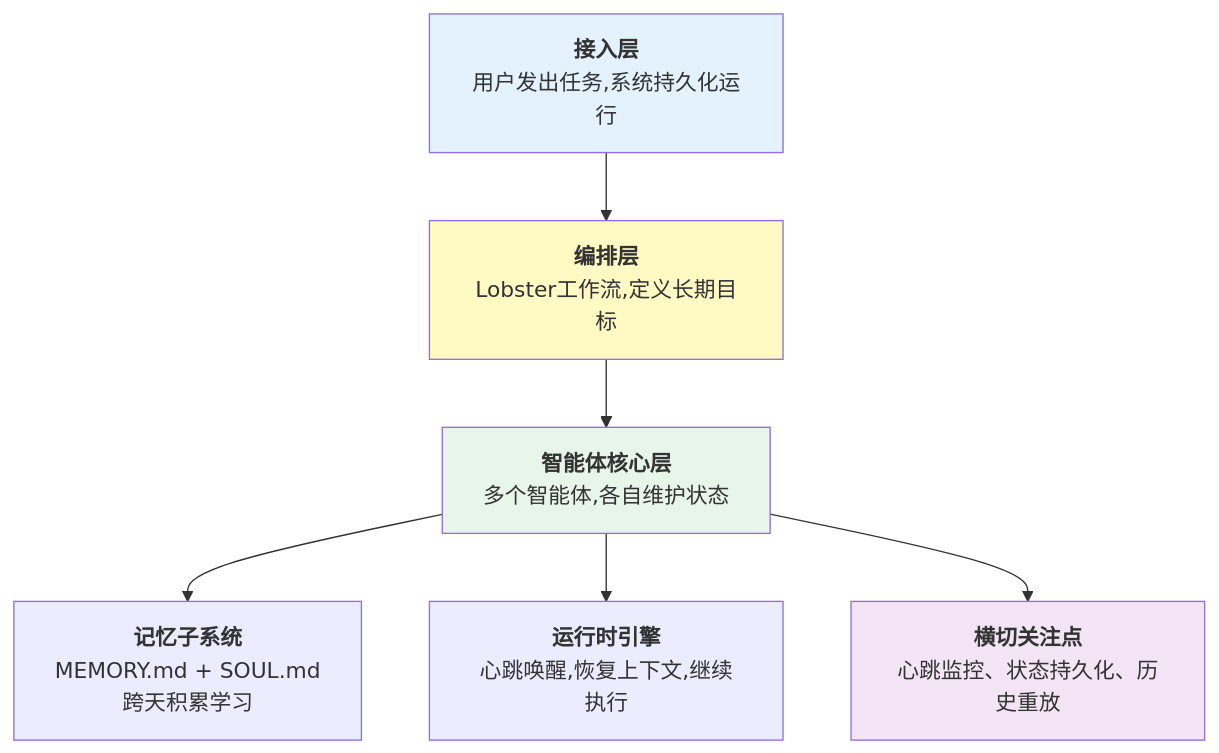
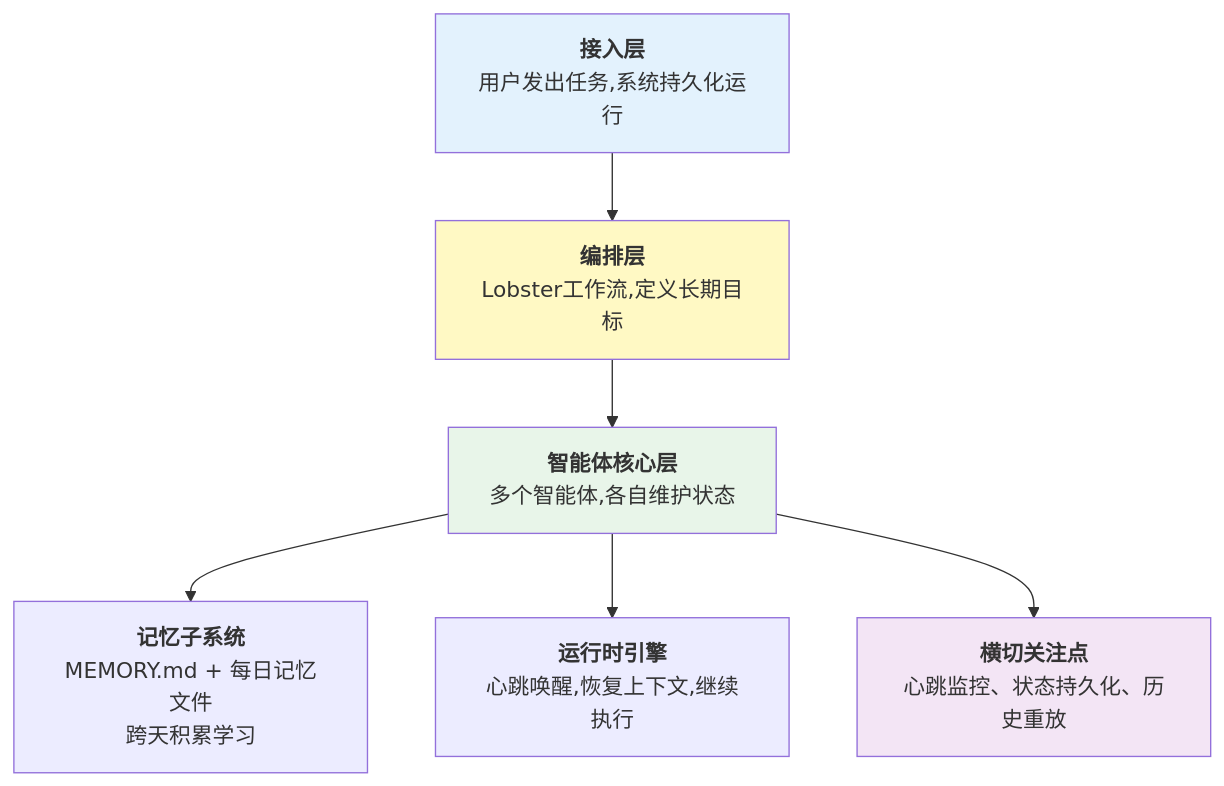
One commit to yeasy/harness_engineering_guide changed the fifth of 5 diagrams in 02_architecture/2.1_reference_architecture.md. Above: the diagram before and after it, drawn with Mermaid. The commit also changed other lines of this file and 4 other files, not shown here.

````diff
--- a/02_architecture/2.1_reference_architecture.md
+++ b/02_architecture/2.1_reference_architecture.md
@@ -427,13 +427,13 @@
 ```mermaid
 flowchart TD
     A["<b>接入层</b><br/>用户发出任务,系统持久化运行"] --> B["<b>编排层</b><br/>Lobster工作流,定义长期目标"]
     B --> C["<b>智能体核心层</b><br/>多个智能体,各自维护状态"]
-    C --> D["<b>记忆子系统</b><br/>MEMORY.md + SOUL.md<br/>跨天积累学习"]
+    C --> D["<b>记忆子系统</b><br/>MEMORY.md + 每日记忆文件<br/>跨天积累学习"]
     C --> E["<b>运行时引擎</b><br/>心跳唤醒,恢复上下文,继续执行"]
     C --> F["<b>横切关注点</b><br/>心跳监控、状态持久化、历史重放"]
 
     style A fill:#e3f2fd
     style B fill:#fff9c4
     style C fill:#e8f5e9
     style F fill:#f3e5f5
 ```
````
